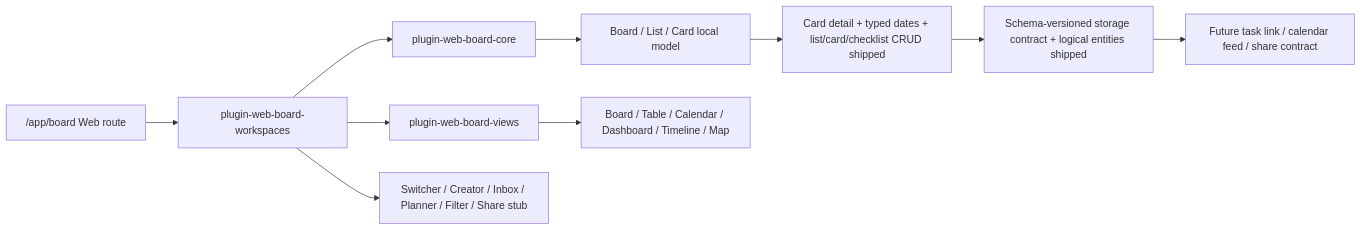
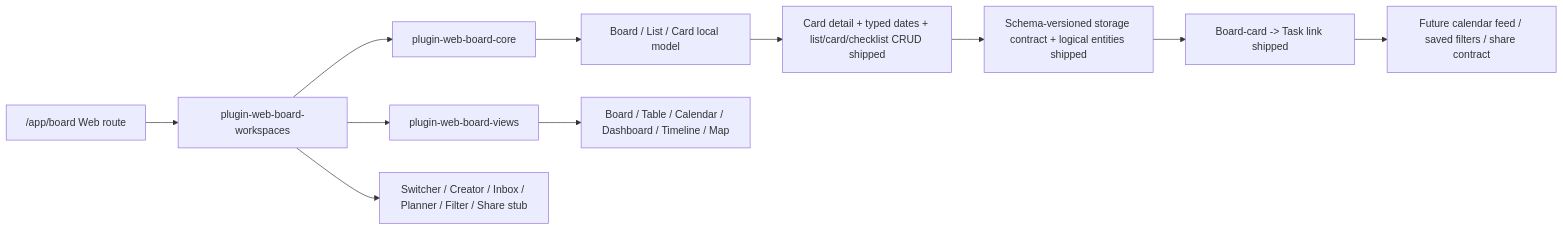
The diagram in docs/workflow/roadmap/xai-web-project-module.md (jinlong17/XAI_Desktop), drawn with Mermaid before and after one commit. The commit also changed other lines of this file and 4 other files, not shown here.

Commit message:
docs(web-board-task-link): mark shipped

````diff
--- a/docs/workflow/roadmap/xai-web-project-module.md
+++ b/docs/workflow/roadmap/xai-web-project-module.md
@@ -50,12 +50,13 @@
 ```mermaid
 flowchart LR
   A["/app/board Web route"] --> B["plugin-web-board-workspaces"]
   B --> C["plugin-web-board-core"]
   B --> D["plugin-web-board-views"]
   C --> E["Board / List / Card local model"]
   D --> F["Board / Table / Calendar / Dashboard / Timeline / Map"]
   B --> G["Switcher / Creator / Inbox / Planner / Filter / Share stub"]
   E --> H["Card detail + typed dates + list/card/checklist CRUD shipped"]
   H --> I["Schema-versioned storage contract + logical entities shipped"]
-  I --> J["Future task link / calendar feed / share contract"]
+  I --> J["Board-card -> Task link shipped"]
+  J --> K["Future calendar feed / saved filters / share contract"]
 ```
````
